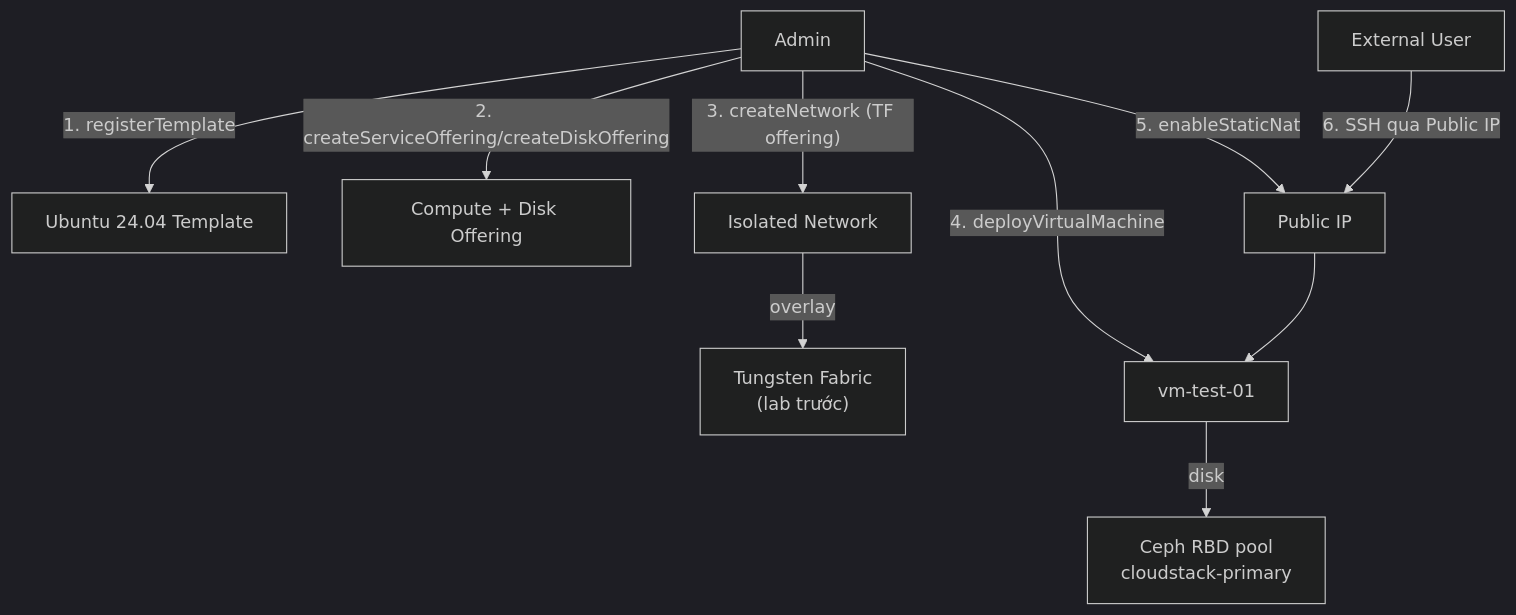
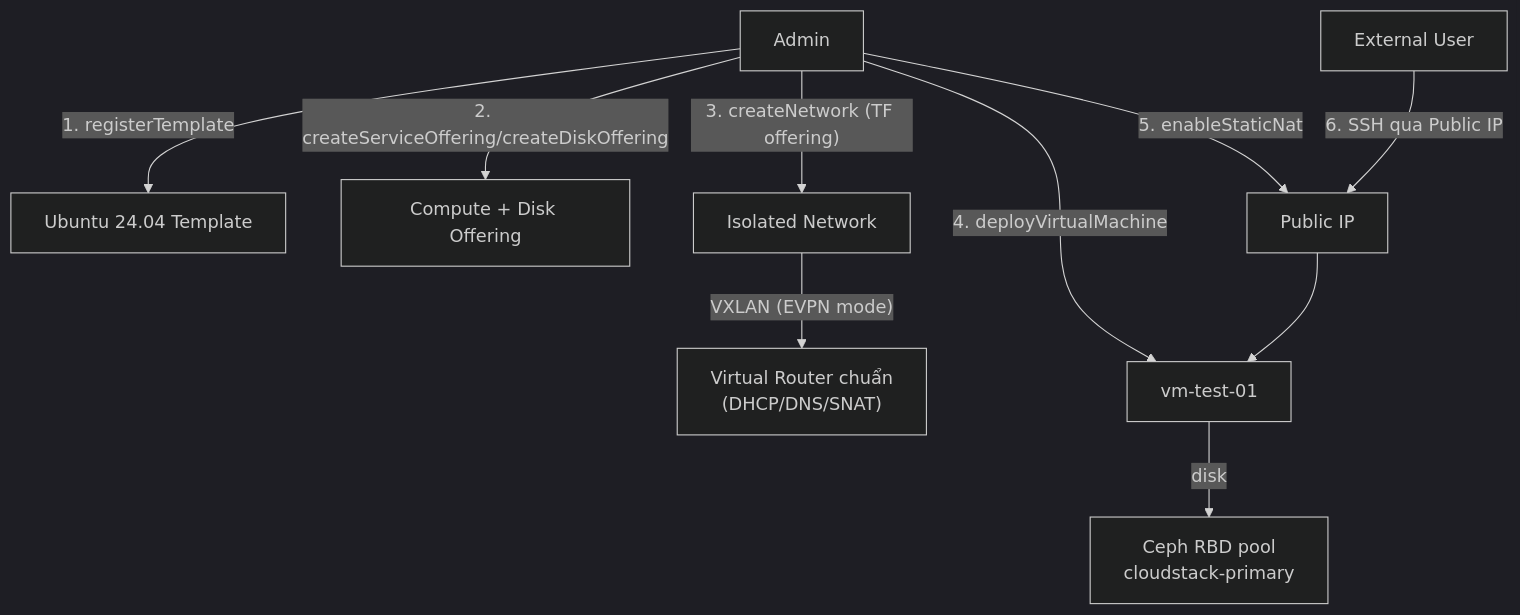
One commit to Tn9hia/technotes changed the diagram in Cloud/Cloudstack/lab/CloudStack Template - Import Guest OS Template và Deploy VM đầu tiên.md. Above: the diagram before and after it, drawn with Mermaid (dark theme). The commit also changed other lines of this file and 41 other files, not shown here.

````diff
--- a/Cloud/Cloudstack/lab/CloudStack Template - Import Guest OS Template và Deploy VM đầu tiên.md
+++ b/Cloud/Cloudstack/lab/CloudStack Template - Import Guest OS Template và Deploy VM đầu tiên.md
@@ -41,11 +44,11 @@
 ```mermaid
 flowchart TD
     Admin[Admin] -- "1. registerTemplate" --> Tmpl[Ubuntu 24.04 Template]
     Admin -- "2. createServiceOffering/createDiskOffering" --> Off[Compute + Disk Offering]
     Admin -- "3. createNetwork (TF offering)" --> Net[Isolated Network]
     Admin -- "4. deployVirtualMachine" --> VM[vm-test-01]
     VM -- disk --> Ceph["Ceph RBD pool<br/>cloudstack-primary"]
-    Net -- overlay --> TF["Tungsten Fabric<br/>(lab trước)"]
+    Net -- "VXLAN (EVPN mode)" --> VR["Virtual Router chuẩn<br/>(DHCP/DNS/SNAT)"]
     Admin -- "5. enableStaticNat" --> PubIP[Public IP]
     User[External User] -- "6. SSH qua Public IP" --> PubIP --> VM
 ```
````
